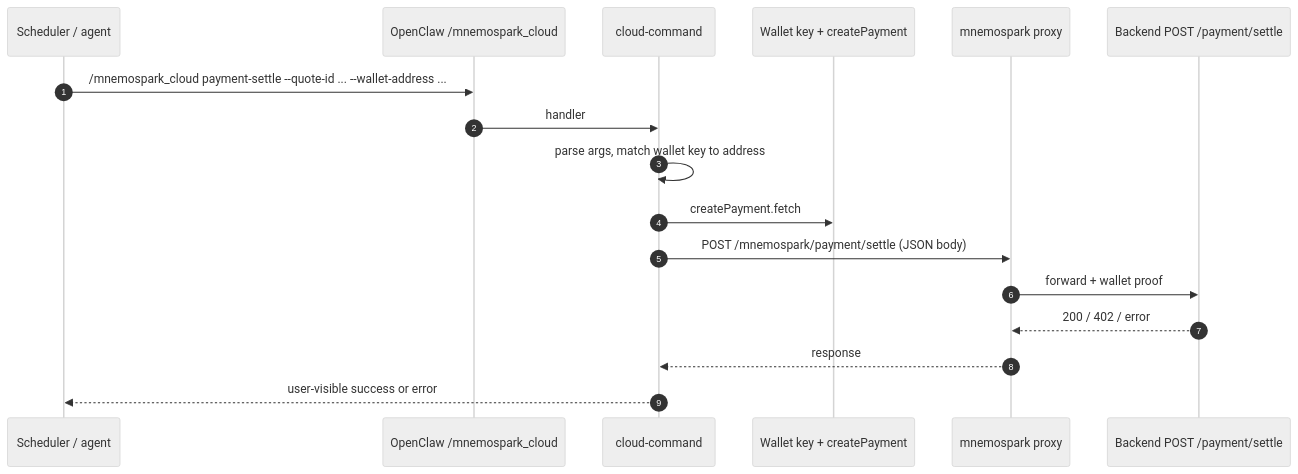
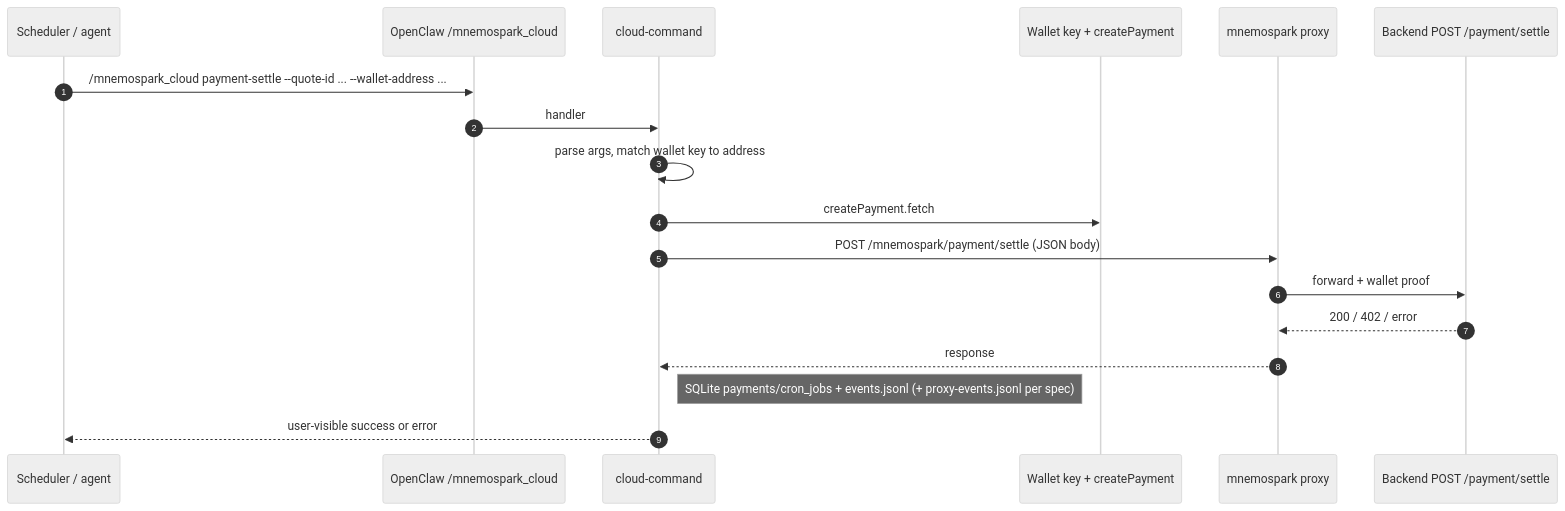
Before and after one commit to pawlsclick/mnemospark-docs: the first of 2 diagrams in dev_docs/fix/fix-10-mnemospark-cloud-payment-settle-and-cron-command.md, drawn with Mermaid (neutral theme). The commit also changed other lines of this file, not shown here.

Commit message:
fix: doc added to fix cron payments

````diff
--- a/dev_docs/fix/fix-10-mnemospark-cloud-payment-settle-and-cron-command.md
+++ b/dev_docs/fix/fix-10-mnemospark-cloud-payment-settle-and-cron-command.md
@@ -74,20 +82,21 @@
 ```mermaid
 sequenceDiagram
   autonumber
   participant Cron as Scheduler / agent
   participant OC as OpenClaw /mnemospark_cloud
   participant Cmd as cloud-command
   participant Wallet as Wallet key + createPayment
   participant Proxy as mnemospark proxy
   participant API as Backend POST /payment/settle
 
   Cron->>OC: /mnemospark_cloud payment-settle --quote-id ... --wallet-address ...
   OC->>Cmd: handler
   Cmd->>Cmd: parse args, match wallet key to address
   Cmd->>Wallet: createPayment.fetch
   Cmd->>Proxy: POST /mnemospark/payment/settle (JSON body)
   Proxy->>API: forward + wallet proof
   API-->>Proxy: 200 / 402 / error
   Proxy-->>Cmd: response
+  Note right of Cmd: SQLite payments/cron_jobs + events.jsonl (+ proxy-events.jsonl per spec)
   Cmd-->>Cron: user-visible success or error
 ```
````
